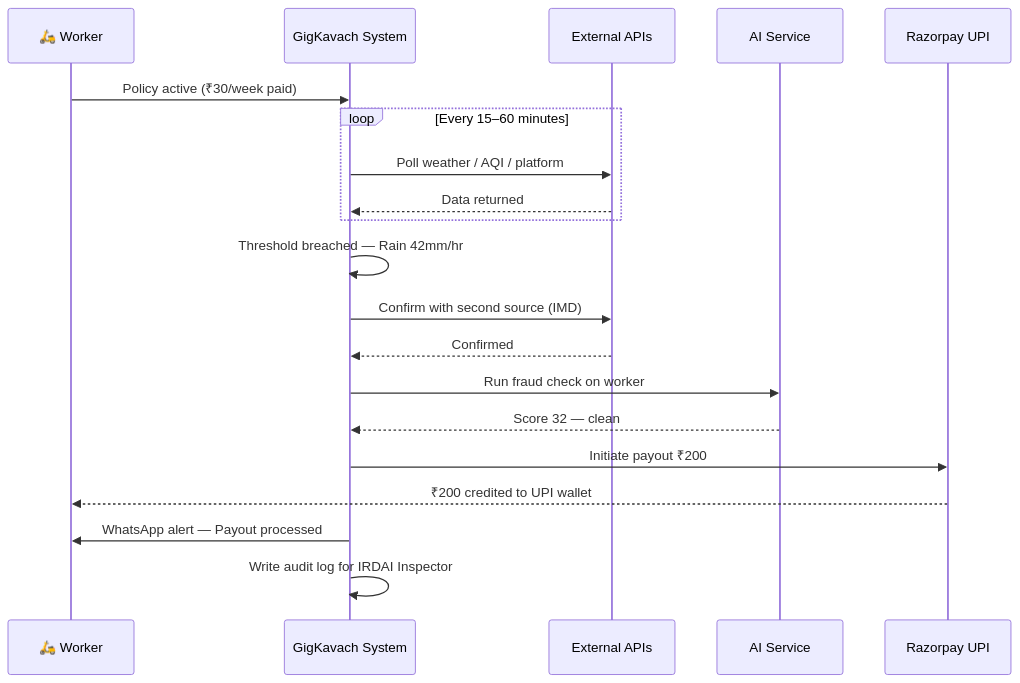
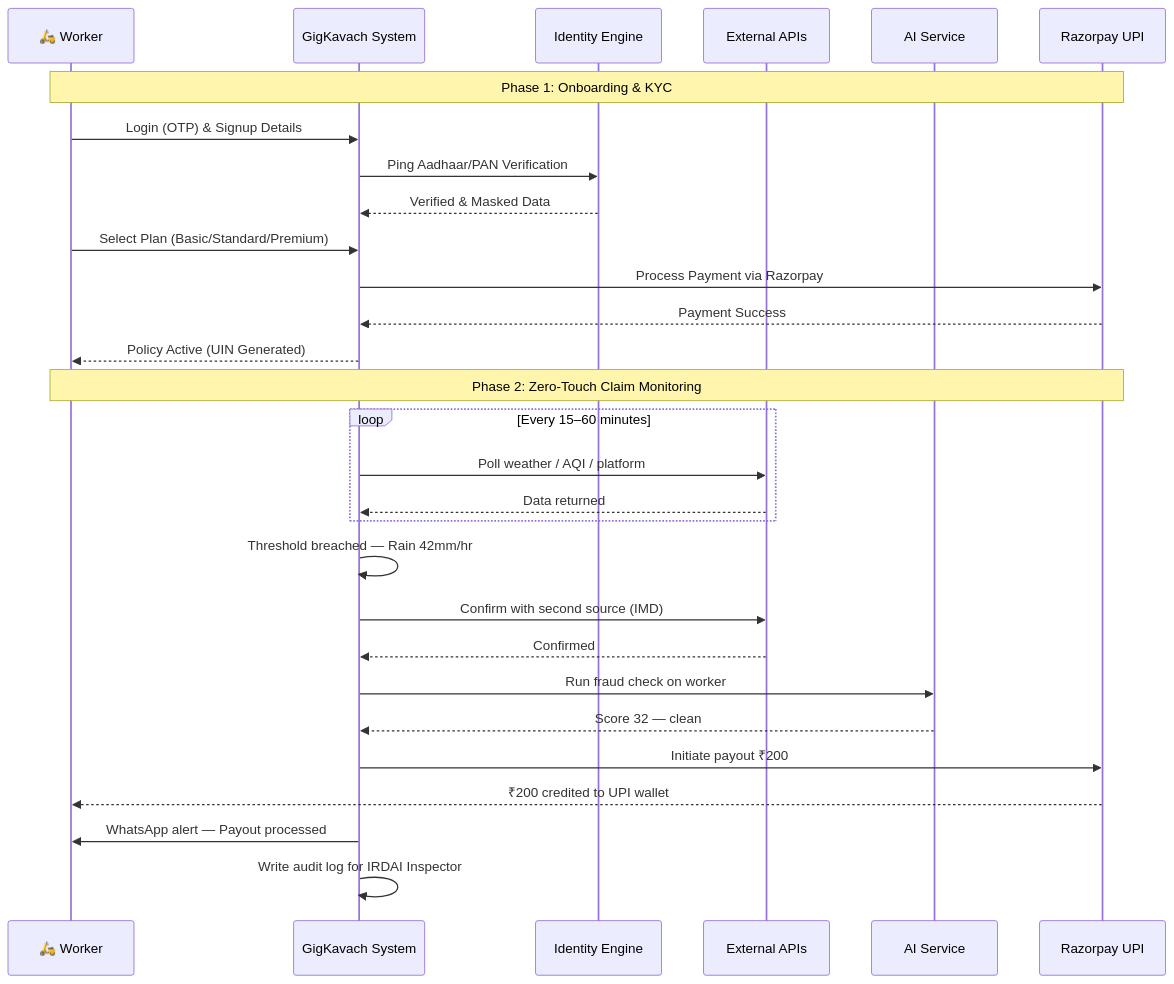
One commit to Ankita562/gigshield changed the second of 4 diagrams in README.md. Above: the diagram before and after it, drawn with Mermaid. The commit also changed other lines of this file, not shown here.

Commit message:
Update phase submission in README and add KYC flow

````diff
--- a/README.md
+++ b/README.md
@@ -77,23 +77,38 @@
 ```mermaid
 sequenceDiagram
     participant W as 🛵 Worker
     participant S as GigKavach System
+    participant KYC as Identity Engine
     participant API as External APIs
     participant AI as AI Service
     participant UPI as Razorpay UPI
 
-    W->>S: Policy active (₹30/week paid)
+    %% ONBOARDING & KYC FLOW
+    Note over W, UPI: Phase 1: Onboarding & KYC
+    W->>S: Login (OTP) & Signup Details
+    S->>KYC: Ping Aadhaar/PAN Verification
+    KYC-->>S: Verified & Masked Data
+    W->>S: Select Plan (Basic/Standard/Premium)
+    S->>UPI: Process Payment via Razorpay
+    UPI-->>S: Payment Success
+    S-->>W: Policy Active (UIN Generated)
+
+    %% ZERO-TOUCH CLAIM FLOW
+    Note over W, UPI: Phase 2: Zero-Touch Claim Monitoring
     loop Every 15–60 minutes
         S->>API: Poll weather / AQI / platform
         API-->>S: Data returned
     end
+    
     S->>S: Threshold breached — Rain 42mm/hr
     S->>API: Confirm with second source (IMD)
     API-->>S: Confirmed
+    
     S->>AI: Run fraud check on worker
     AI-->>S: Score 32 — clean
+    
     S->>UPI: Initiate payout ₹200
     UPI-->>W: ₹200 credited to UPI wallet
     S->>W: WhatsApp alert — Payout processed
     S->>S: Write audit log for IRDAI Inspector
 ```
````
